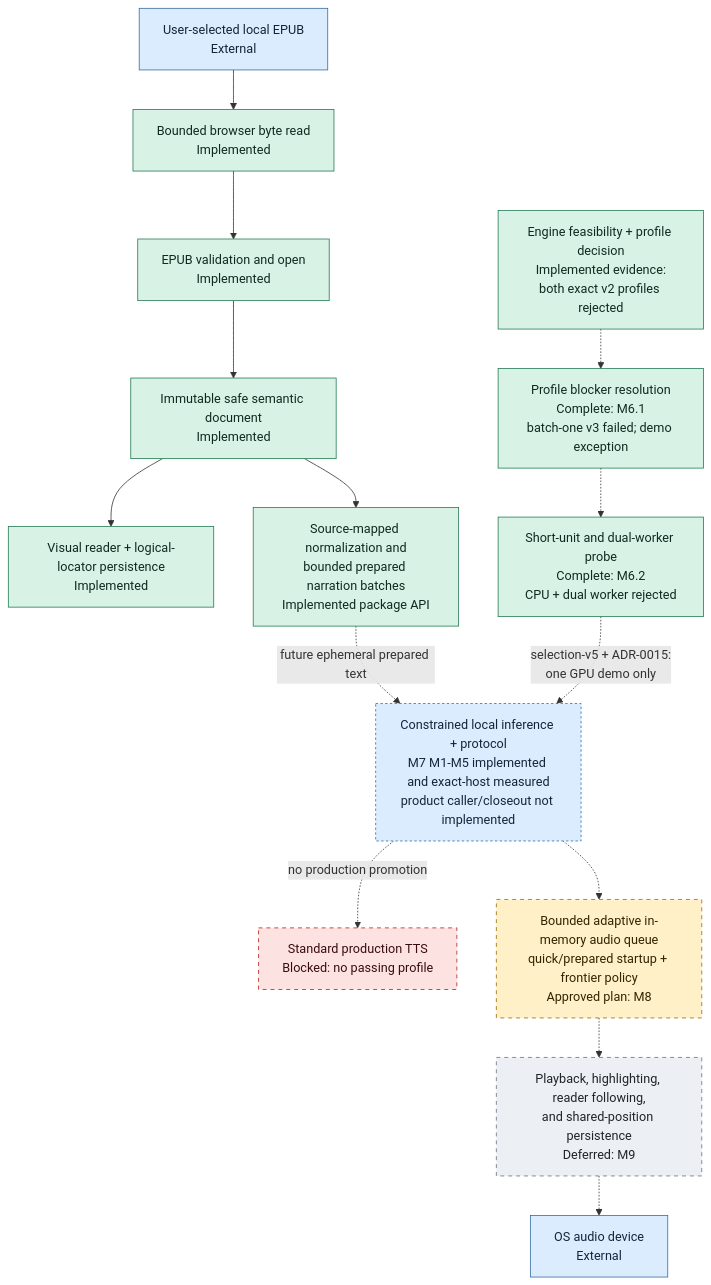
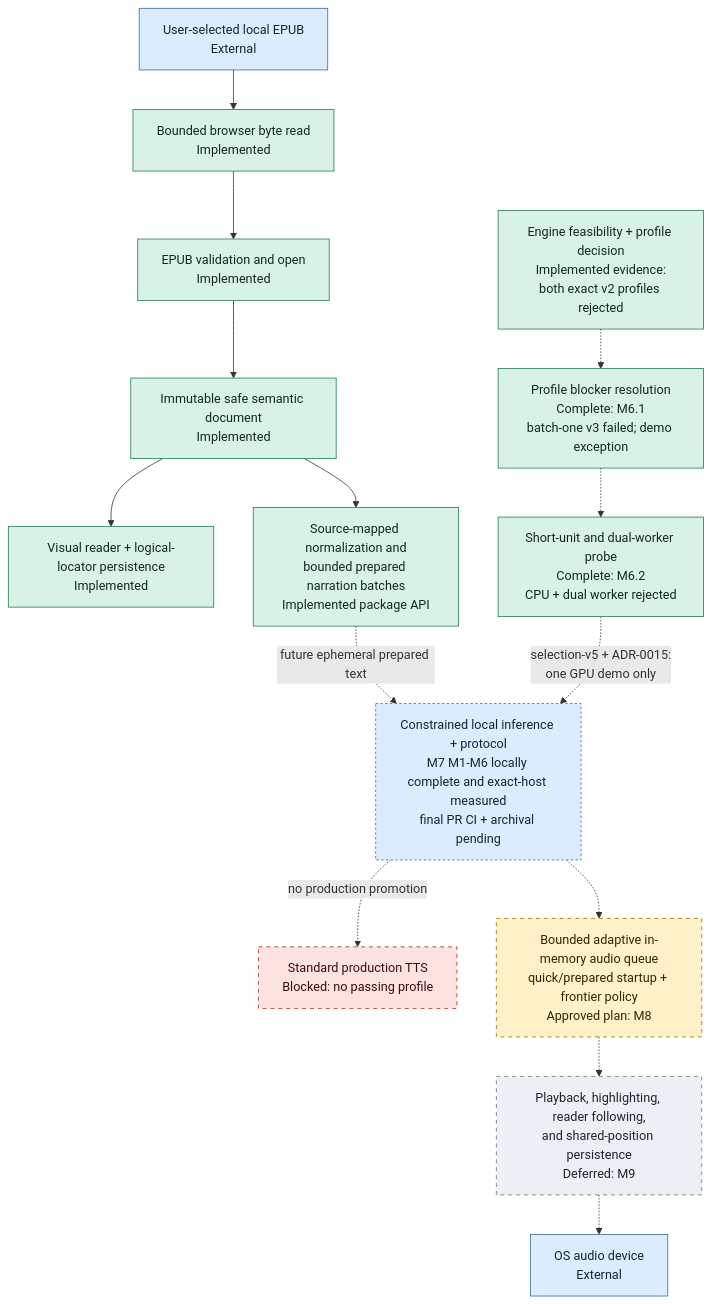
One commit to mmjosedaniel/voxleaf changed the second of 2 diagrams in docs/architecture/system-diagram.md. Above: the diagram before and after it, drawn with Mermaid. The commit also changed other lines of this file and 15 other files, not shown here.

````diff
--- a/docs/architecture/system-diagram.md
+++ b/docs/architecture/system-diagram.md
@@ -124,35 +124,35 @@
 ```mermaid
 flowchart TD
     classDef implemented fill:#d9f2e6,stroke:#247a52,color:#102a20
     classDef progress fill:#dcecff,stroke:#356aa0,color:#13253a,stroke-dasharray: 3 3
     classDef planned fill:#fff0c7,stroke:#9a6b00,color:#332400,stroke-dasharray: 5 5
     classDef blocked fill:#fde2e2,stroke:#b42318,color:#3a0d0d,stroke-dasharray: 5 5
     classDef deferred fill:#eceff3,stroke:#667085,color:#20242a,stroke-dasharray: 5 5
     classDef external fill:#dcecff,stroke:#356aa0,color:#13253a
 
     FILE["User-selected local EPUB<br/>External"]:::external
     READ["Bounded browser byte read<br/>Implemented"]:::implemented
     OPEN["EPUB validation and open<br/>Implemented"]:::implemented
     SAFE["Immutable safe semantic document<br/>Implemented"]:::implemented
     VISUAL["Visual reader + logical-locator persistence<br/>Implemented"]:::implemented
     PREP["Source-mapped normalization and<br/>bounded prepared narration batches<br/>Implemented package API"]:::implemented
     PROFILE["Engine feasibility + profile decision<br/>Implemented evidence:<br/>both exact v2 profiles rejected"]:::implemented
     NEXT_PROFILE["Profile blocker resolution<br/>Complete: M6.1<br/>batch-one v3 failed; demo exception"]:::implemented
     BATCH_PROBE["Short-unit and dual-worker probe<br/>Complete: M6.2<br/>CPU + dual worker rejected"]:::implemented
-    INFER["Constrained local inference + protocol<br/>M7 M1-M5 implemented and exact-host measured<br/>product caller/closeout not implemented"]:::progress
+    INFER["Constrained local inference + protocol<br/>M7 M1-M6 locally complete and exact-host measured<br/>final PR CI + archival pending"]:::progress
     PROD["Standard production TTS<br/>Blocked: no passing profile"]:::blocked
     BUFFER["Bounded adaptive in-memory audio queue<br/>quick/prepared startup + frontier policy<br/>Approved plan: M8"]:::planned
     FOLLOW["Playback, highlighting, reader following,<br/>and shared-position persistence<br/>Deferred: M9"]:::deferred
     DEVICE["OS audio device<br/>External"]:::external
 
     FILE --> READ --> OPEN --> SAFE --> VISUAL
     SAFE --> PREP
     PREP -.->|"future ephemeral prepared text"| INFER
     PROFILE -.-> NEXT_PROFILE
     NEXT_PROFILE -.-> BATCH_PROBE
     BATCH_PROBE -.->|"selection-v5 + ADR-0015:<br/>one GPU demo only"| INFER
     INFER -.->|"no production promotion"| PROD
     INFER -.-> BUFFER
     BUFFER -.-> FOLLOW
     FOLLOW -.-> DEVICE
 ```
````
